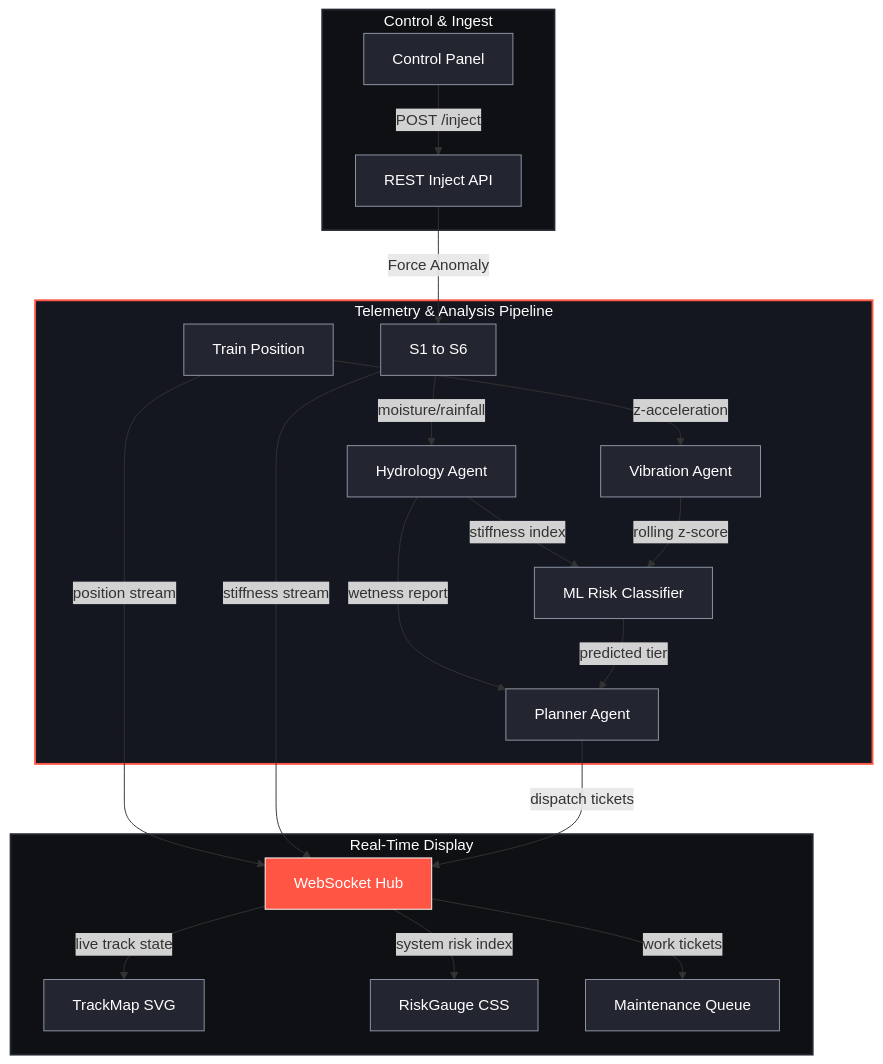
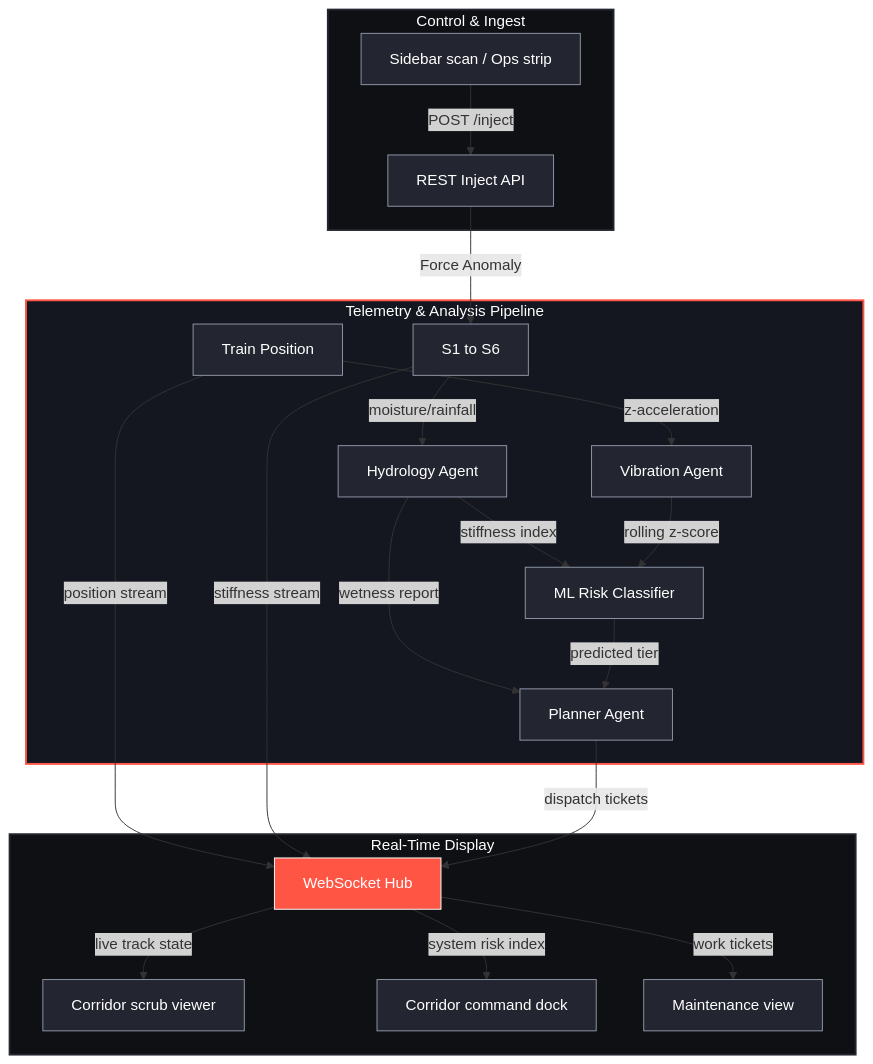
Before and after one commit to Stormynubee/Bogieflow: the diagram in README.md, drawn with Mermaid. The commit also changed other lines of this file and 27 other files, not shown here.

````diff
--- a/README.md
+++ b/README.md
@@ -25,51 +25,51 @@
 ```mermaid
 flowchart TD
     %% Subgraph 1: Control & Ingestion
     subgraph INGEST [Control & Ingest]
-        Ctrl[Control Panel] -->|POST /inject| REST[REST Inject API]
+        Scan[Sidebar scan / Ops strip] -->|POST /inject| REST[REST Inject API]
     end
 
     %% Subgraph 2: Processing Pipeline
     subgraph PIPELINE [Telemetry & Analysis Pipeline]
         Train[Train Position] -->|z-acceleration| Vib[Vibration Agent]
         Segments[S1 to S6] -->|moisture/rainfall| Hydro[Hydrology Agent]
         
         Hydro -->|stiffness index| ML[ML Risk Classifier]
         Vib -->|rolling z-score| ML
         
         Hydro -->|wetness report| Plan[Planner Agent]
         ML -->|predicted tier| Plan
     end
 
     %% Subgraph 3: Real-Time Display
     subgraph DISPLAY [Real-Time Display]
         WS[WebSocket Hub]
-        WS -->|live track state| Map[TrackMap SVG]
-        WS -->|system risk index| Gauge[RiskGauge CSS]
-        WS -->|work tickets| Queue[Maintenance Queue]
+        WS -->|live track state| Scrub[Corridor scrub viewer]
+        WS -->|system risk index| Gauge[Corridor command dock]
+        WS -->|work tickets| Maint[Maintenance view]
     end
 
     %% Cross-subgraph connections
     REST -->|Force Anomaly| Segments
     Train -->|position stream| WS
     Segments -->|stiffness stream| WS
     Plan -->|dispatch tickets| WS
 
     %% Styling
     style INGEST fill:#0e1014,stroke:#232630,stroke-width:2px,color:#ffffff
     style PIPELINE fill:#151720,stroke:#ff5545,stroke-width:2px,color:#ffffff
     style DISPLAY fill:#0e1014,stroke:#232630,stroke-width:2px,color:#ffffff
 
-    style Ctrl fill:#232630,stroke:#9098a8,color:#ffffff
+    style Scan fill:#232630,stroke:#9098a8,color:#ffffff
     style REST fill:#232630,stroke:#9098a8,color:#ffffff
     style Train fill:#232630,stroke:#9098a8,color:#ffffff
     style Segments fill:#232630,stroke:#9098a8,color:#ffffff
     style Hydro fill:#232630,stroke:#9098a8,color:#ffffff
     style Vib fill:#232630,stroke:#9098a8,color:#ffffff
     style ML fill:#232630,stroke:#9098a8,color:#ffffff
     style Plan fill:#232630,stroke:#9098a8,color:#ffffff
     style WS fill:#ff5545,stroke:#ffffff,color:#ffffff
-    style Map fill:#232630,stroke:#9098a8,color:#ffffff
+    style Scrub fill:#232630,stroke:#9098a8,color:#ffffff
     style Gauge fill:#232630,stroke:#9098a8,color:#ffffff
-    style Queue fill:#232630,stroke:#9098a8,color:#ffffff
+    style Maint fill:#232630,stroke:#9098a8,color:#ffffff
 ```
````
